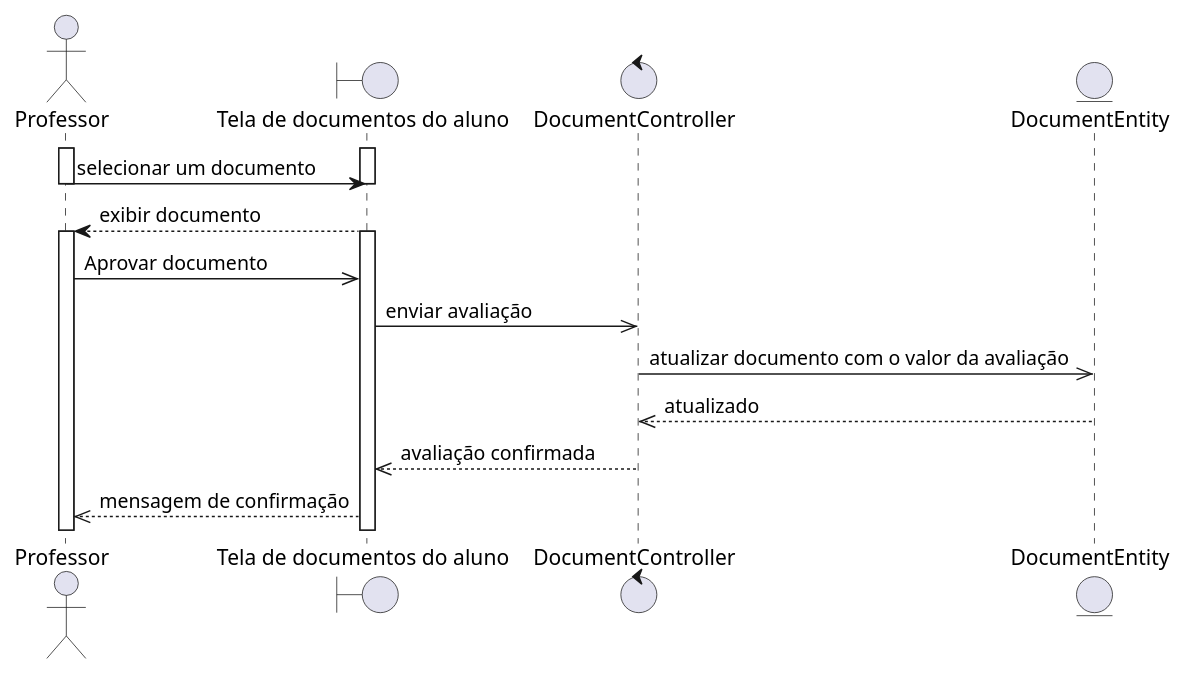
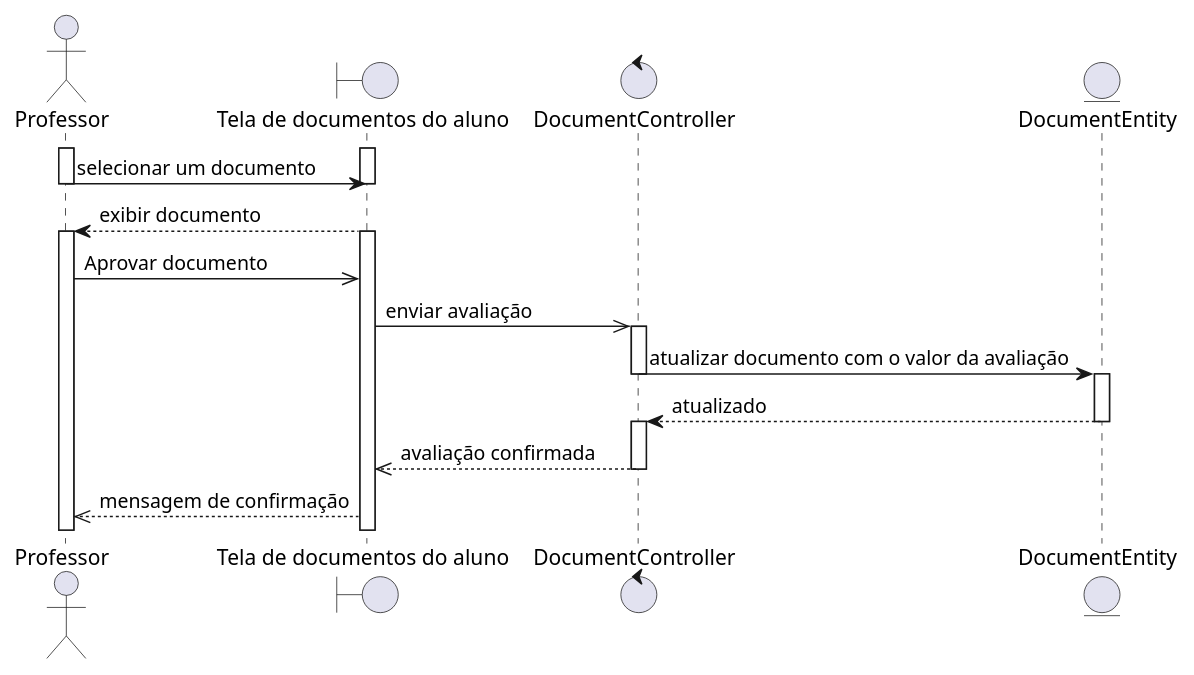
Before and after one commit to rodrigoRolim/CAdiagrams: the diagram in sequence/professor/professsor.aprove-doc.wsd, drawn with PlantUML. The commit also changed 7 other files, not shown here.

```diff
--- a/sequence/professor/professsor.aprove-doc.wsd
+++ b/sequence/professor/professsor.aprove-doc.wsd
@@ -1,22 +1,28 @@
 @startuml
 actor Professor
 boundary "Tela de documentos do aluno" as documentos 
 control DocumentController as controller  
 entity DocumentEntity as model  
 
 activate Professor
 activate documentos
 Professor -> documentos: selecionar um documento
 deactivate Professor
 deactivate documentos
 documentos --> Professor: exibir documento
 activate documentos
 activate Professor
 
 Professor ->> documentos: Aprovar documento
-documentos ->> controller: enviar avaliação 
-controller ->> model: atualizar documento com o valor da avaliação
-model -->> controller: atualizado
+documentos ->> controller: enviar avaliação
+activate controller 
+controller -> model: atualizar documento com o valor da avaliação
+deactivate controller
+activate model
+model --> controller: atualizado
+deactivate model
+activate controller
 controller -->> documentos: avaliação confirmada
+deactivate controller
 documentos -->> Professor: mensagem de confirmação
 @enduml
```
